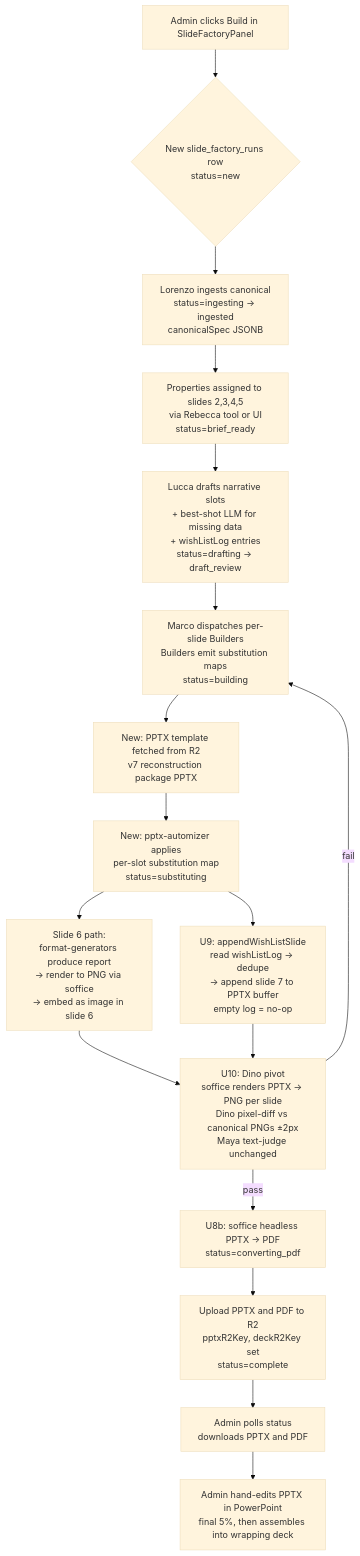
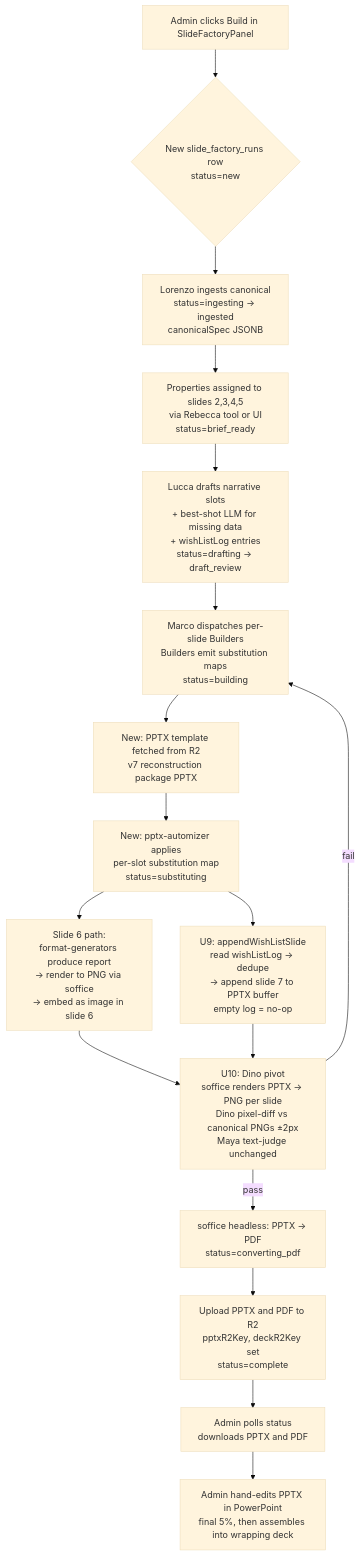
Before and after one commit to ricardocidale/H-_Analytics: the diagram in docs/plans/2026-05-11-001-feat-factory-v2-pptx-substitution-plan.md, drawn with Mermaid (base theme). The commit also changed other lines of this file and 2 other files, not shown here.

````diff
--- a/docs/plans/2026-05-11-001-feat-factory-v2-pptx-substitution-plan.md
+++ b/docs/plans/2026-05-11-001-feat-factory-v2-pptx-substitution-plan.md
@@ -157,19 +157,19 @@
 ```mermaid
 flowchart TD
   A[Admin clicks Build in SlideFactoryPanel] --> B{New slide_factory_runs row<br/>status=new}
   B --> C[Lorenzo ingests canonical<br/>status=ingesting → ingested<br/>canonicalSpec JSONB]
   C --> D[Properties assigned to slides 2,3,4,5<br/>via Rebecca tool or UI<br/>status=brief_ready]
   D --> E[Lucca drafts narrative slots<br/>+ best-shot LLM for missing data<br/>+ wishListLog entries<br/>status=drafting → draft_review]
   E --> F[Marco dispatches per-slide Builders<br/>Builders emit substitution maps<br/>status=building]
   F --> G[New: PPTX template fetched from R2<br/>v7 reconstruction package PPTX]
   G --> H[New: pptx-automizer applies<br/>per-slot substitution map<br/>status=substituting]
   H --> I[Slide 6 path:<br/>format-generators produce report<br/>→ render to PNG via soffice<br/>→ embed as image in slide 6]
   H --> J[U9: appendWishListSlide<br/>read wishListLog → dedupe<br/>→ append slide 7 to PPTX buffer<br/>empty log = no-op]
   I --> K[U10: Dino pivot<br/>soffice renders PPTX → PNG per slide<br/>Dino pixel-diff vs canonical PNGs ±2px<br/>Maya text-judge unchanged]
   J --> K
-  K -->|pass| L[U8b: soffice headless PPTX → PDF<br/>status=converting_pdf]
+  K -->|pass| L[soffice headless: PPTX → PDF<br/>status=converting_pdf]
   K -->|fail| F
   L --> M[Upload PPTX and PDF to R2<br/>pptxR2Key, deckR2Key set<br/>status=complete]
   M --> N[Admin polls status<br/>downloads PPTX and PDF]
   N --> O[Admin hand-edits PPTX in PowerPoint<br/>final 5%, then assembles into wrapping deck]
 ```
````
